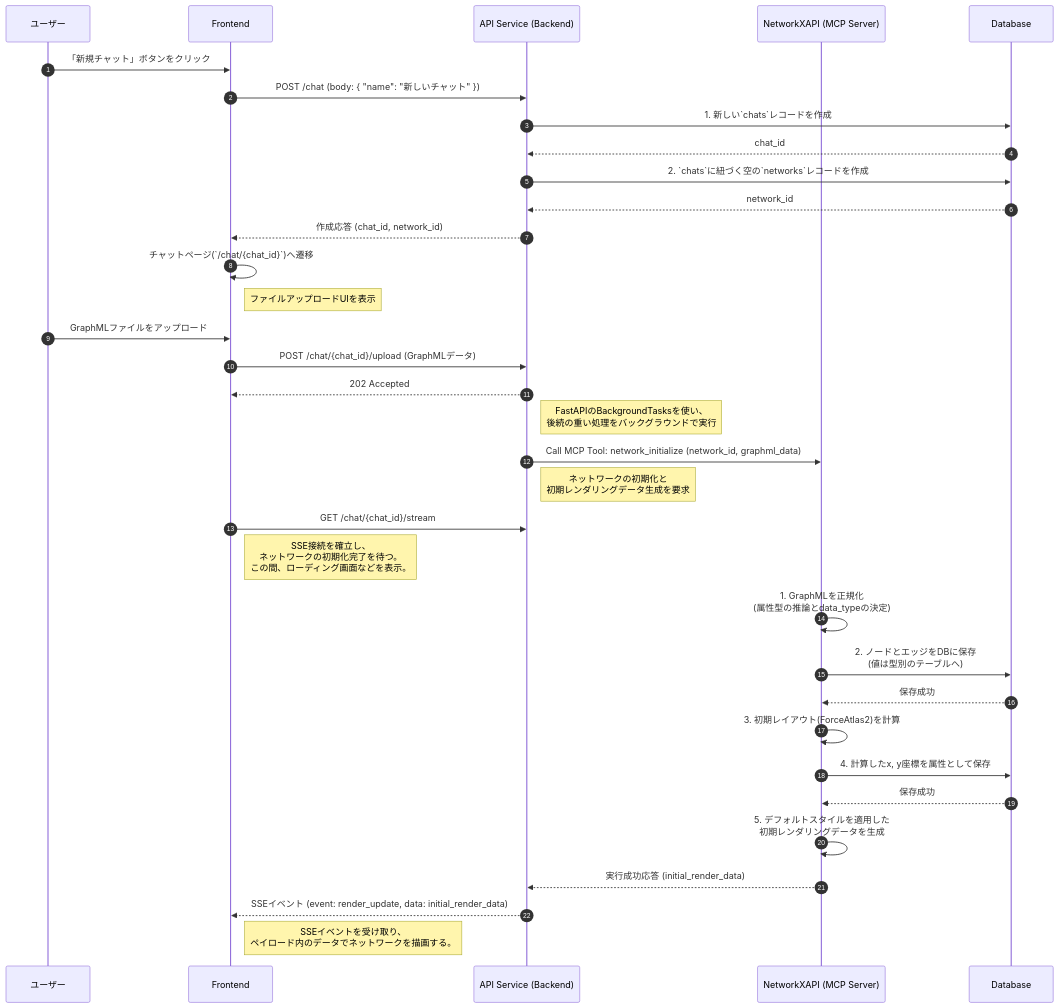
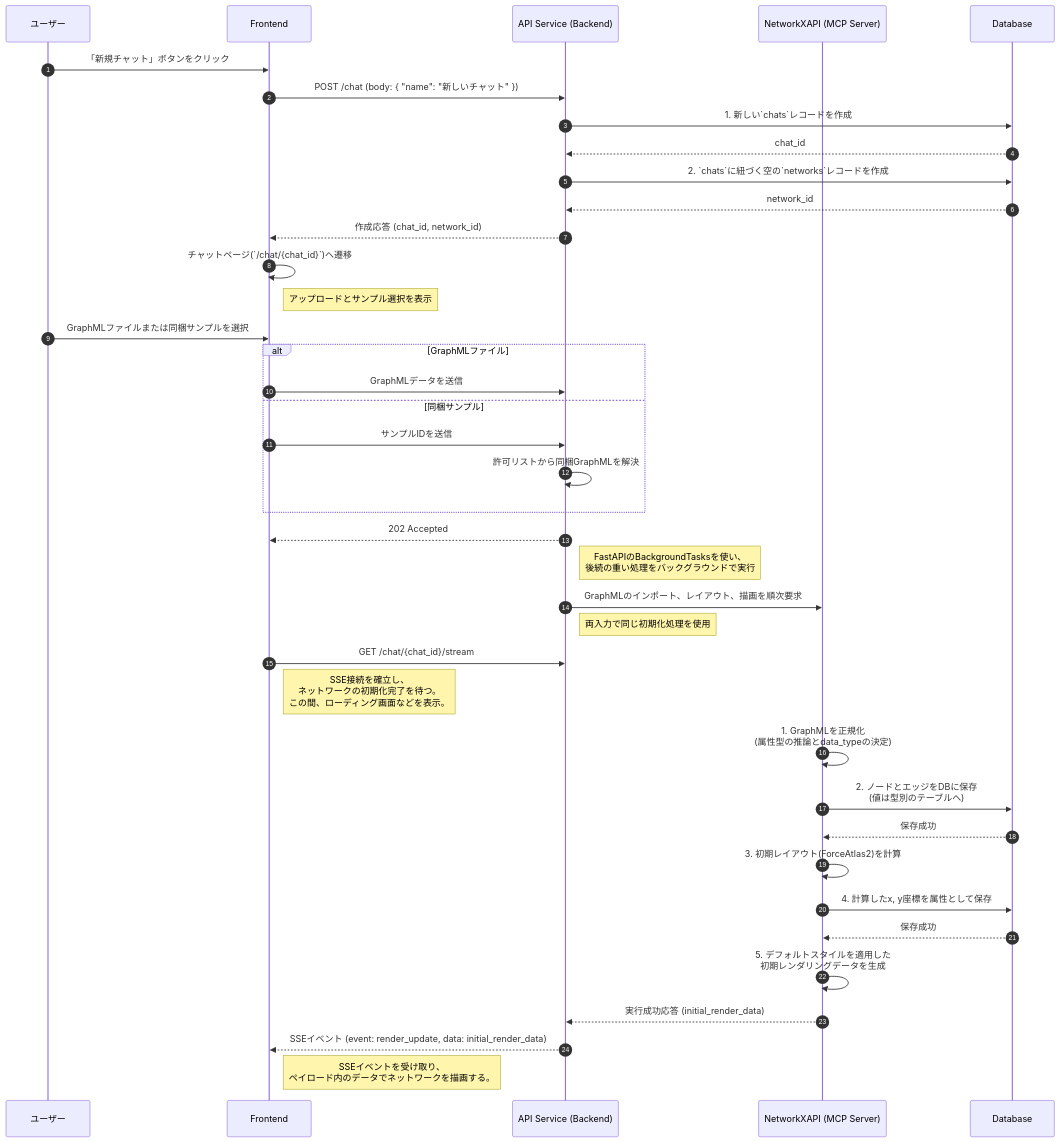
Before and after one commit to vdslab/LLMGraphvis: the first of 13 diagrams in specification/2_Technical_Details/6_Core_Workflows.md, drawn with Mermaid. The commit also changed other lines of this file and 9 other files, not shown here.

````diff
--- a/specification/2_Technical_Details/6_Core_Workflows.md
+++ b/specification/2_Technical_Details/6_Core_Workflows.md
@@ -22,48 +22,53 @@
 ```mermaid
 sequenceDiagram
     autonumber
     participant U as ユーザー
     participant F as Frontend
     participant B as API Service (Backend)
     participant N as NetworkXAPI (MCP Server)
     participant DB as Database
 
     %% Step 1: User creates a new chat
     U->>F: 「新規チャット」ボタンをクリック
     F->>B: POST /chat (body: { "name": "新しいチャット" })
     B->>DB: 1. 新しい`chats`レコードを作成
     DB-->>B: chat_id
     B->>DB: 2. `chats`に紐づく空の`networks`レコードを作成
     DB-->>B: network_id
     B-->>F: 作成応答 (chat_id, network_id)
 
-    %% Step 2: Frontend navigates and user uploads a file
+    %% Step 2: Frontend navigates and user chooses an input
     F->>F: チャットページ(`/chat/{chat_id}`)へ遷移
-    note right of F: ファイルアップロードUIを表示
-    U->>F: GraphMLファイルをアップロード
-    F->>B: POST /chat/{chat_id}/upload (GraphMLデータ)
+    note right of F: アップロードとサンプル選択を表示
+    U->>F: GraphMLファイルまたは同梱サンプルを選択
+    alt GraphMLファイル
+        F->>B: GraphMLデータを送信
+    else 同梱サンプル
+        F->>B: サンプルIDを送信
+        B->>B: 許可リストから同梱GraphMLを解決
+    end
 
     %% Step 3: Backend accepts the request and starts background task
     B-->>F: 202 Accepted
     note right of B: FastAPIのBackgroundTasksを使い、<br/>後続の重い処理をバックグラウンドで実行
-    B->>N: Call MCP Tool: network_initialize (network_id, graphml_data)
-    note right of B: ネットワークの初期化と<br/>初期レンダリングデータ生成を要求
+    B->>N: GraphMLのインポート、レイアウト、描画を順次要求
+    note right of B: 両入力で同じ初期化処理を使用
 
     %% Step 4: Frontend waits for SSE event
     F->>B: GET /chat/{chat_id}/stream
     note right of F: SSE接続を確立し、<br/>ネットワークの初期化完了を待つ。<br/>この間、ローディング画面などを表示。
 
     %% Step 5: Background processing in NetworkXAPI
     N->>N: 1. GraphMLを正規化<br/>(属性型の推論とdata_typeの決定)
     N->>DB: 2. ノードとエッジをDBに保存<br/>(値は型別のテーブルへ)
     DB-->>N: 保存成功
     N->>N: 3. 初期レイアウト(ForceAtlas2)を計算
     N->>DB: 4. 計算したx, y座標を属性として保存
     DB-->>N: 保存成功
     N->>N: 5. デフォルトスタイルを適用した<br/>初期レンダリングデータを生成
     N-->>B: 実行成功応答 (initial_render_data)
 
     %% Step 6: Backend forwards the initial data via SSE
     B-->>F: SSEイベント (event: render_update, data: initial_render_data)
     note right of F: SSEイベントを受け取り、<br/>ペイロード内のデータでネットワークを描画する。
 ```
````
